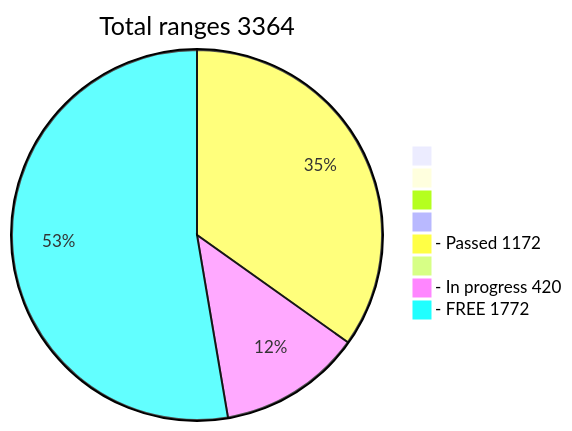
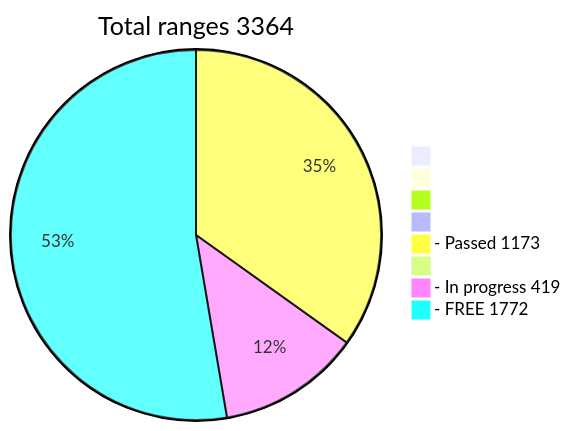
One commit to phrutis/wif500 changed the diagram in README.md. Above: the diagram before and after it, drawn with Mermaid.

````diff
--- a/README.md
+++ b/README.md
@@ -16,12 +16,12 @@
 ```mermaid
 pie title Total ranges 3364
              " " : 0
             "  " : 0
            "   " : 0
           "    " : 0
-  "- Passed 1172" : 1172
+  "- Passed 1173" : 1173
          "     " : 0
-  "- In progress 420" : 420
+  "- In progress 419" : 419
    "- FREE 1772" : 1772
    
 ```
````
